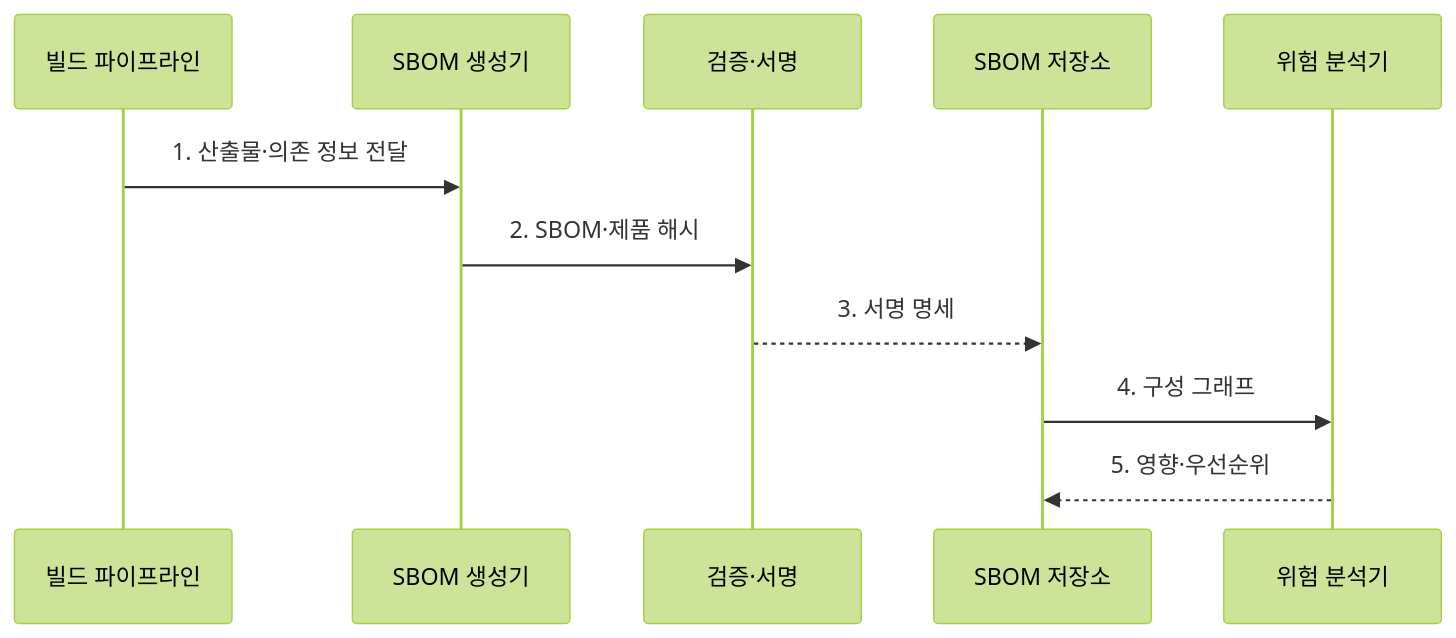
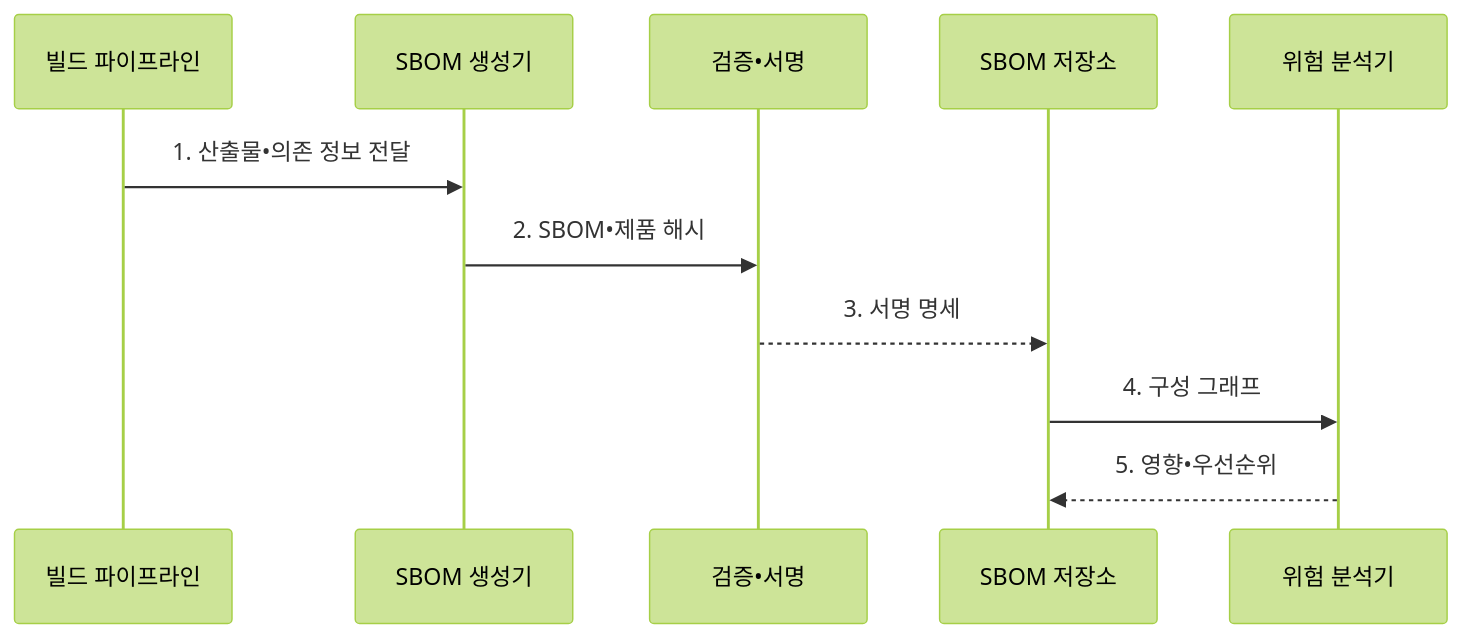
One commit to agnusdei1207/knowledge-base changed the second of 2 diagrams in src/content/docs/notes/03-software/183_sbom.md. Above: the diagram before and after it, drawn with Mermaid (forest theme). The commit also changed other lines of this file and 953 other files, not shown here.

````diff
--- a/src/content/docs/notes/03-software/183_sbom.md
+++ b/src/content/docs/notes/03-software/183_sbom.md
@@ -108,13 +108,13 @@
 ```mermaid
 sequenceDiagram
     participant B as 빌드 파이프라인
     participant G as SBOM 생성기
-    participant V as 검증·서명
+    participant V as 검증•서명
     participant R as SBOM 저장소
     participant A as 위험 분석기
-    B->>G: 1. 산출물·의존 정보 전달
-    G->>V: 2. SBOM·제품 해시
+    B->>G: 1. 산출물•의존 정보 전달
+    G->>V: 2. SBOM•제품 해시
     V-->>R: 3. 서명 명세
     R->>A: 4. 구성 그래프
-    A-->>R: 5. 영향·우선순위
+    A-->>R: 5. 영향•우선순위
 ```
````
